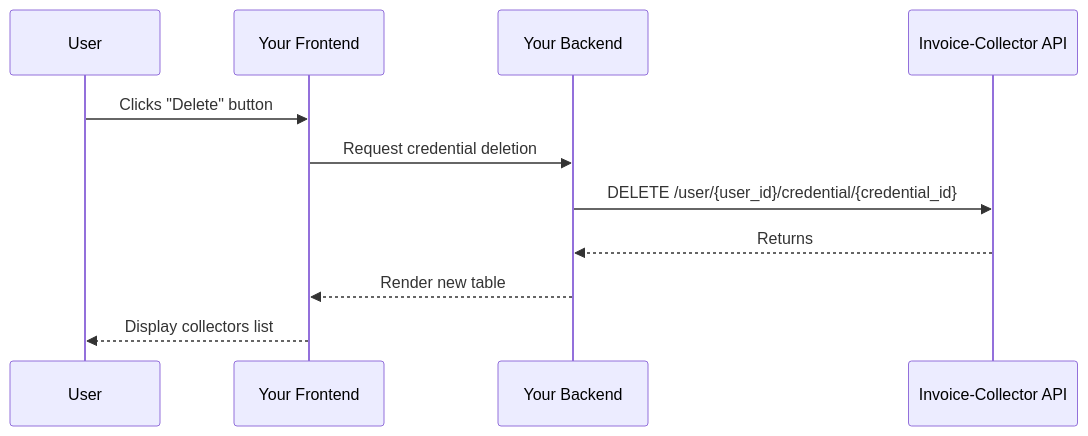
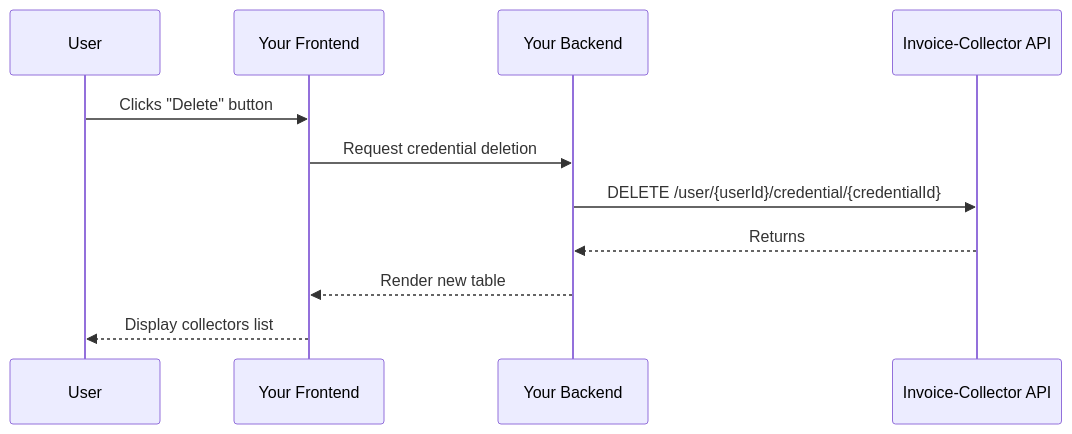
Before and after one commit to invoice-collector/website: the diagram in docs/embed-in-your-app/frontend-integration/delete-credential.mdx, drawn with Mermaid. The commit also changed other lines of this file and 7 other files, not shown here.

````diff
--- a/docs/embed-in-your-app/frontend-integration/delete-credential.mdx
+++ b/docs/embed-in-your-app/frontend-integration/delete-credential.mdx
@@ -42,14 +42,14 @@
 ```mermaid
 sequenceDiagram
     participant User
     participant Frontend as Your Frontend
     participant Backend as Your Backend
     participant API as Invoice-Collector API
 
     User->>Frontend: Clicks "Delete" button
     Frontend->>Backend: Request credential deletion
-    Backend->>API: DELETE /user/{user_id}/credential/{credential_id}
+    Backend->>API: DELETE /user/{userId}/credential/{credentialId}
     API-->>Backend: Returns
     Backend-->>Frontend: Render new table
     Frontend-->>User: Display collectors list
 ```
````
